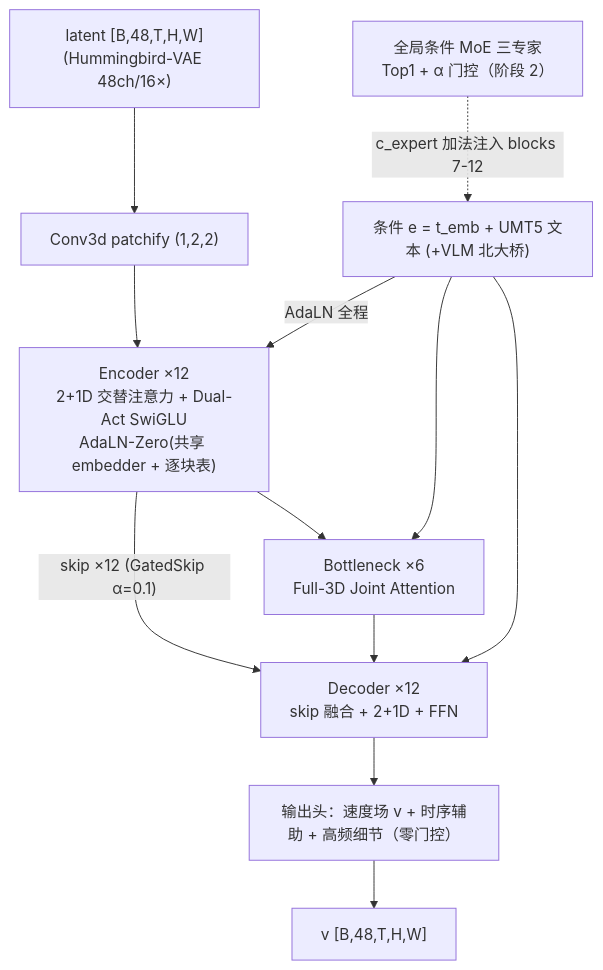
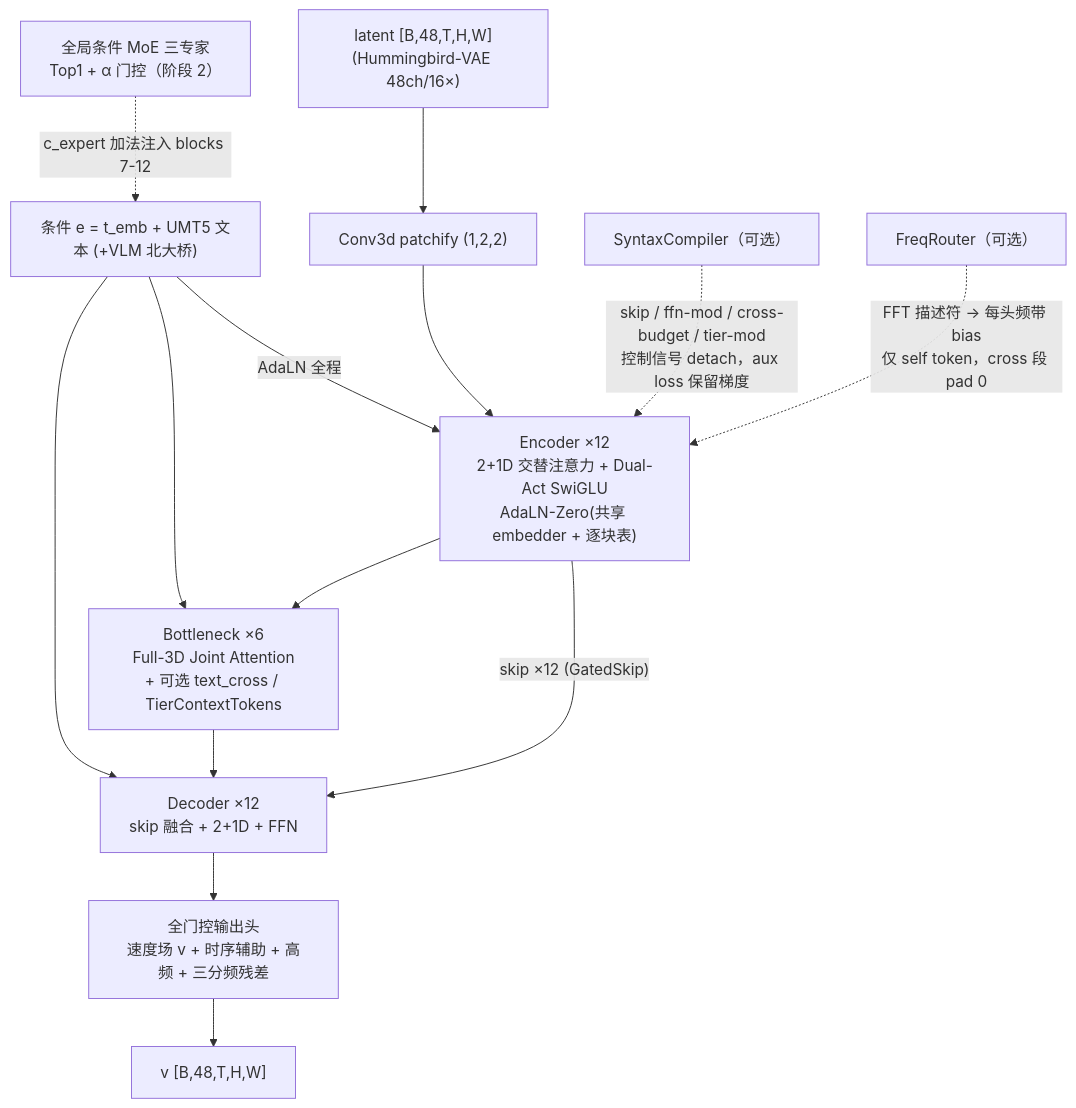
One commit to yanfei0725/PyraGate-VLM-Project-Sakiko- changed the diagram in docs/MODEL_CARD.md. Above: the diagram before and after it, drawn with Mermaid. The commit also changed other lines of this file and 43 other files, not shown here.

Commit message:
Sync v3 architecture scaffolding and docs: full-gated head extensions, text cross-attn / syntax compiler / frequency router, staged trainer aux-loss path fixes, sanitized runtime paths; technical docs refreshed.

````diff
--- a/docs/MODEL_CARD.md
+++ b/docs/MODEL_CARD.md
@@ -22,14 +24,16 @@
 ```mermaid
 flowchart TB
     X["latent [B,48,T,H,W]<br/>(Hummingbird-VAE 48ch/16×)"] --> P["Conv3d patchify (1,2,2)"]
     P --> ENC["Encoder ×12<br/>2+1D 交替注意力 + Dual-Act SwiGLU<br/>AdaLN-Zero(共享 embedder + 逐块表)"]
-    ENC -->|"skip ×12 (GatedSkip α=0.1)"| DEC
-    ENC --> BN["Bottleneck ×6<br/>Full-3D Joint Attention"]
+    ENC -->|"skip ×12 (GatedSkip)"| DEC
+    ENC --> BN["Bottleneck ×6<br/>Full-3D Joint Attention<br/>+ 可选 text_cross / TierContextTokens"]
     BN --> DEC["Decoder ×12<br/>skip 融合 + 2+1D + FFN"]
     COND["条件 e = t_emb + UMT5 文本 (+VLM 北大桥)"] -->|"AdaLN 全程"| ENC
     COND --> BN
     COND --> DEC
+    SYN["SyntaxCompiler（可选）"] -.->|"skip / ffn-mod / cross-budget / tier-mod<br/>控制信号 detach，aux loss 保留梯度"| ENC
+    FR["FreqRouter（可选）"] -.->|"FFT 描述符 → 每头频带 bias<br/>仅 self token，cross 段 pad 0"| ENC
     MOE["全局条件 MoE 三专家<br/>Top1 + α 门控（阶段 2）"] -.->|"c_expert 加法注入 blocks 7-12"| COND
-    DEC --> HEAD["输出头：速度场 v + 时序辅助 + 高频细节（零门控）"]
+    DEC --> HEAD["全门控输出头<br/>速度场 v + 时序辅助 + 高频 + 三分频残差"]
     HEAD --> V["v [B,48,T,H,W]"]
 ```
````
